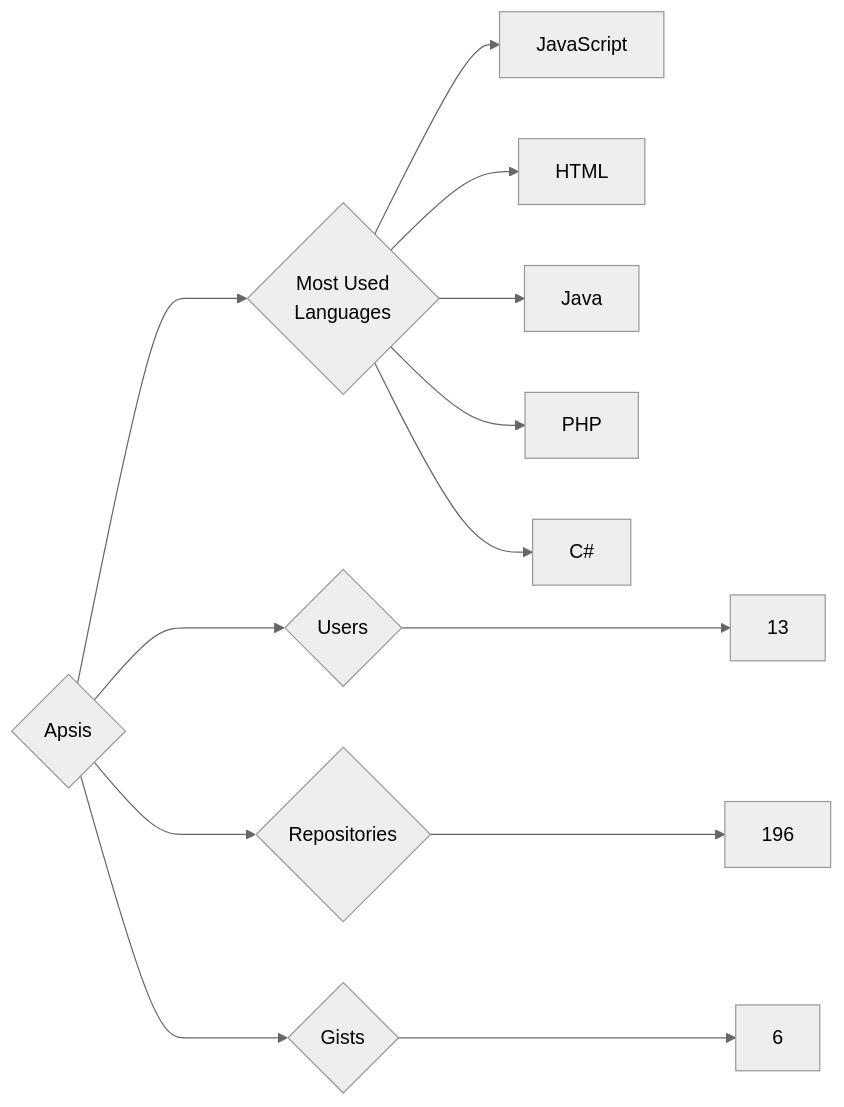
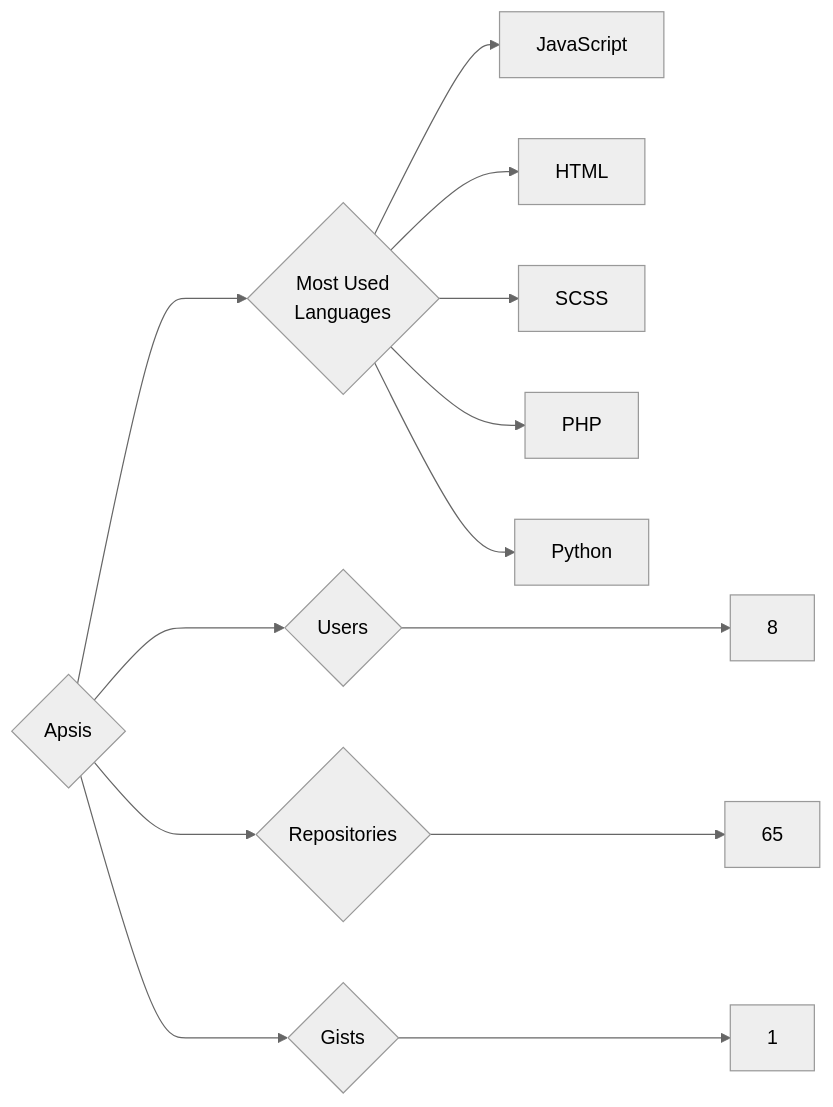
One commit to trickest/insiders changed the diagram in targets/Apsis/README.md. Above: the diagram before and after it, drawn with Mermaid (neutral theme). The commit also changed 782 other files, not shown here.

````diff
--- a/targets/Apsis/README.md
+++ b/targets/Apsis/README.md
@@ -3,13 +3,13 @@
 ```mermaid
 graph LR
 COMPANY_NAME{Apsis}
-COMPANY_NAME ---> U{Users} ---> UN[13]
-COMPANY_NAME ---> R{Repositories} ---> RN[196]
-COMPANY_NAME ---> G{Gists} ---> GN[6]
+COMPANY_NAME ---> U{Users} ---> UN[8]
+COMPANY_NAME ---> R{Repositories} ---> RN[65]
+COMPANY_NAME ---> G{Gists} ---> GN[1]
 COMPANY_NAME ---> ML{Most Used<br>Languages}
 ML --> JavaScript[JavaScript]
 ML --> HTML[HTML]
-ML --> Java[Java]
+ML --> SCSS[SCSS]
 ML --> PHP[PHP]
-ML --> C#[C#]
+ML --> Python[Python]
 ```
````
